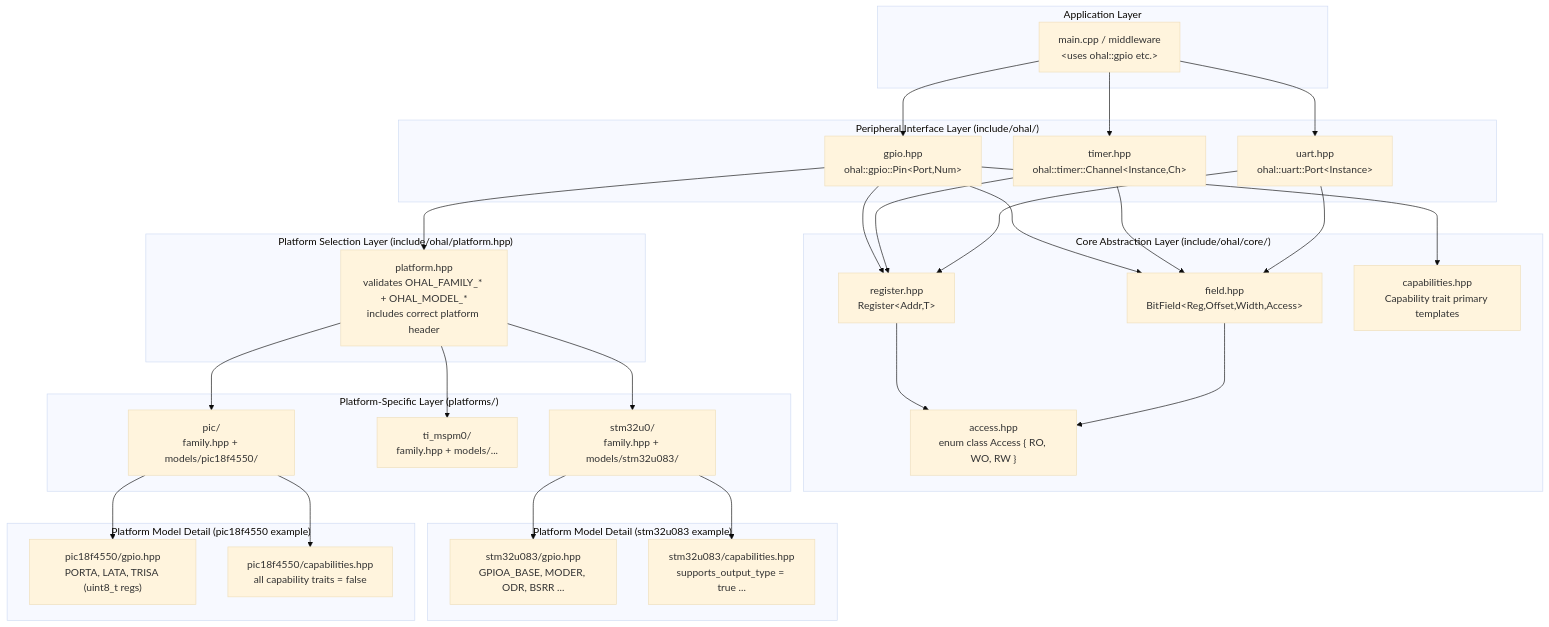
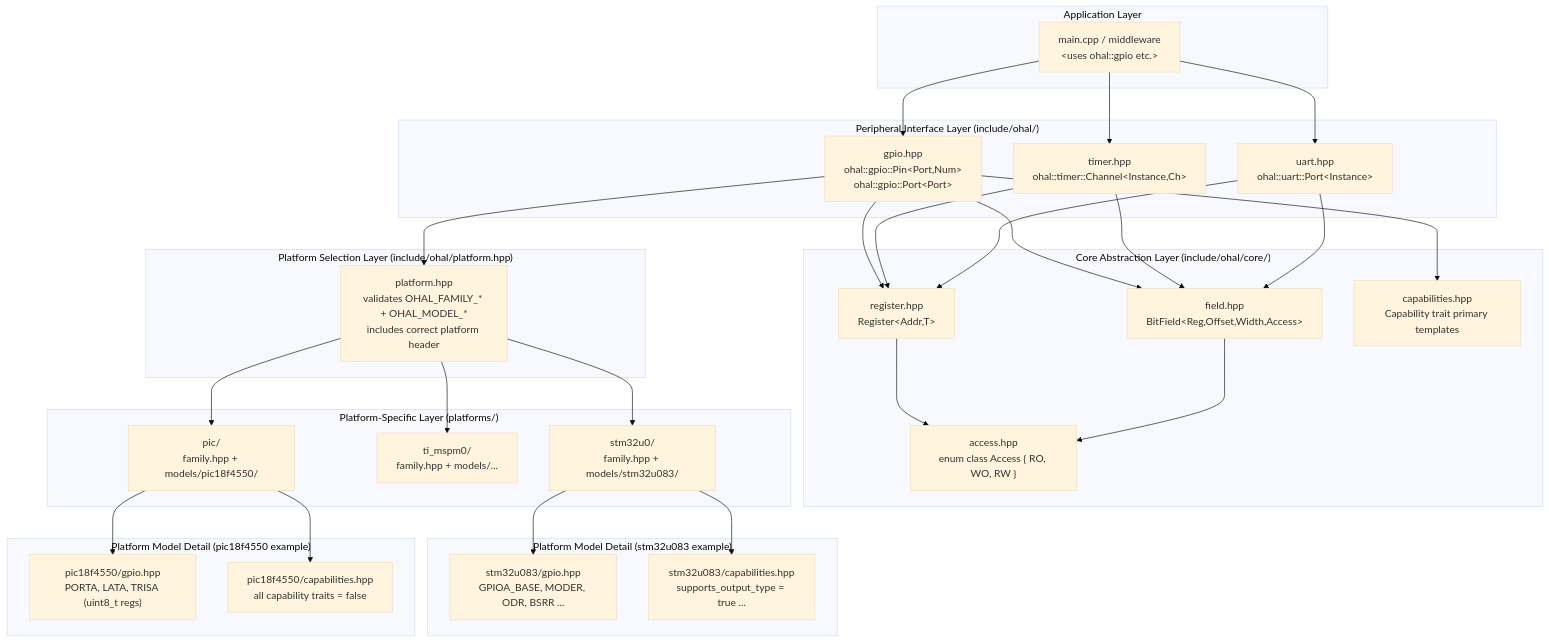
Before and after one commit to grahame-org/ohal: the first of 13 diagrams in docs/plan.md, drawn with Mermaid (base theme). The commit also changed other lines of this file and 4 other files, not shown here.

````diff
--- a/docs/plan.md
+++ b/docs/plan.md
@@ -75,64 +81,64 @@
 ```mermaid
 graph TD
     subgraph "Application Layer"
         APP["main.cpp / middleware<br/>&lt;uses ohal::gpio etc.&gt;"]
     end
 
     subgraph "Peripheral Interface Layer (include/ohal/)"
-        GPIO_IF["gpio.hpp<br/>ohal::gpio::Pin&lt;Port,Num&gt;"]
+        GPIO_IF["gpio.hpp<br/>ohal::gpio::Pin&lt;Port,Num&gt;<br/>ohal::gpio::Port&lt;Port&gt;"]
         TIMER_IF["timer.hpp<br/>ohal::timer::Channel&lt;Instance,Ch&gt;"]
         UART_IF["uart.hpp<br/>ohal::uart::Port&lt;Instance&gt;"]
     end
 
     subgraph "Core Abstraction Layer (include/ohal/core/)"
         REG["register.hpp<br/>Register&lt;Addr,T&gt;"]
         FIELD["field.hpp<br/>BitField&lt;Reg,Offset,Width,Access&gt;"]
         ACCESS["access.hpp<br/>enum class Access { RO, WO, RW }"]
         CAPS["capabilities.hpp<br/>Capability trait primary templates"]
     end
 
     subgraph "Platform Selection Layer (include/ohal/platform.hpp)"
         SEL["platform.hpp<br/>validates OHAL_FAMILY_* + OHAL_MODEL_*<br/>includes correct platform header"]
     end
 
     subgraph "Platform-Specific Layer (platforms/)"
         STM32U0["stm32u0/<br/>family.hpp + models/stm32u083/"]
         MSP["ti_mspm0/<br/>family.hpp + models/..."]
         PIC["pic/<br/>family.hpp + models/pic18f4550/"]
     end
 
     subgraph "Platform Model Detail (stm32u083 example)"
         STM32U083_GPIO["stm32u083/gpio.hpp<br/>GPIOA_BASE, MODER, ODR, BSRR ..."]
         STM32U083_CAPS["stm32u083/capabilities.hpp<br/>supports_output_type = true ..."]
     end
 
     subgraph "Platform Model Detail (pic18f4550 example)"
         PIC18_GPIO["pic18f4550/gpio.hpp<br/>PORTA, LATA, TRISA (uint8_t regs)"]
         PIC18_CAPS["pic18f4550/capabilities.hpp<br/>all capability traits = false"]
     end
 
     APP --> GPIO_IF
     APP --> TIMER_IF
     APP --> UART_IF
 
     GPIO_IF --> REG
     GPIO_IF --> FIELD
     GPIO_IF --> CAPS
     TIMER_IF --> REG
     TIMER_IF --> FIELD
     UART_IF --> REG
     UART_IF --> FIELD
 
     REG --> ACCESS
     FIELD --> ACCESS
 
     GPIO_IF --> SEL
     SEL --> STM32U0
     SEL --> MSP
     SEL --> PIC
 
     STM32U0 --> STM32U083_GPIO
     STM32U0 --> STM32U083_CAPS
     PIC --> PIC18_GPIO
     PIC --> PIC18_CAPS
 ```
````
